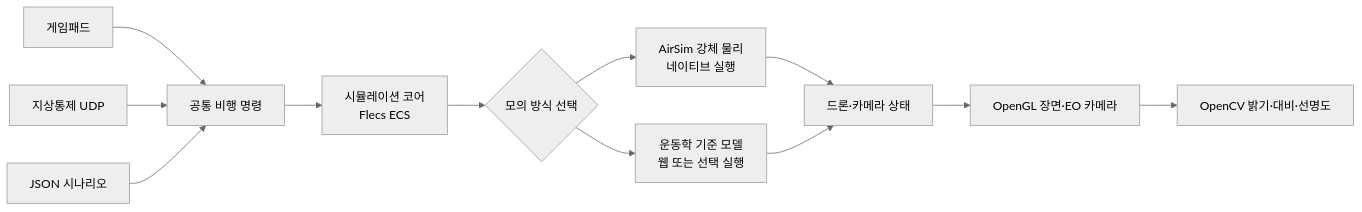
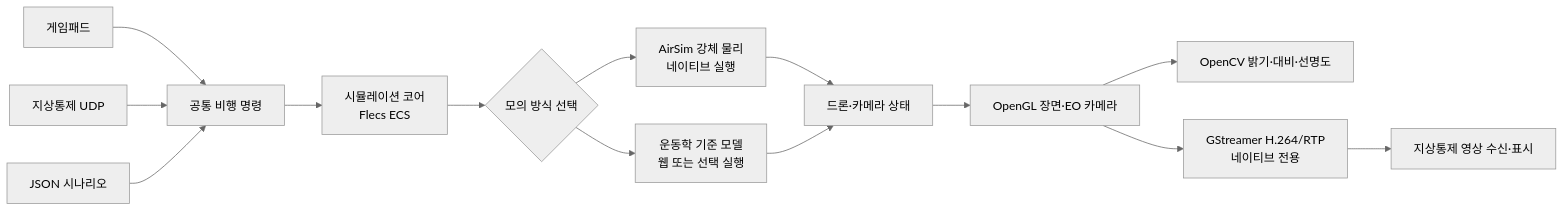
The diagram in README.md (cgantro/DroneSim), drawn with Mermaid (neutral theme) before and after one commit. The commit also changed other lines of this file and 3 other files, not shown here.

````diff
--- a/README.md
+++ b/README.md
@@ -47,14 +48,16 @@
 ```mermaid
 flowchart LR
     Pad[게임패드] --> Command[공통 비행 명령]
     GCS[지상통제 UDP] --> Command
     Scenario[JSON 시나리오] --> Command
     Command --> Core[시뮬레이션 코어<br/>Flecs ECS]
     Core --> Select{모의 방식 선택}
     Select --> Physics[AirSim 강체 물리<br/>네이티브 실행]
     Select --> Kinematic[운동학 기준 모델<br/>웹 또는 선택 실행]
     Physics --> State[드론·카메라 상태]
     Kinematic --> State
     State --> View[OpenGL 장면·EO 카메라]
     View --> Analysis[OpenCV 밝기·대비·선명도]
+    View --> Encode[GStreamer H.264/RTP<br/>네이티브 전용]
+    Encode --> Receiver[지상통제 영상 수신·표시]
 ```
````
